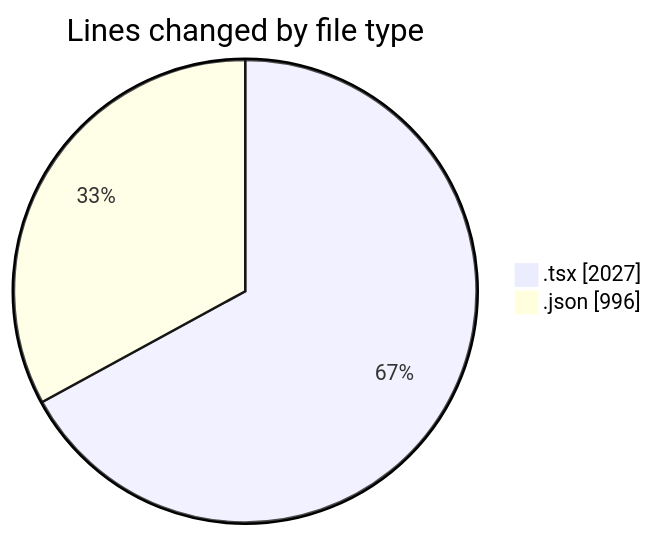
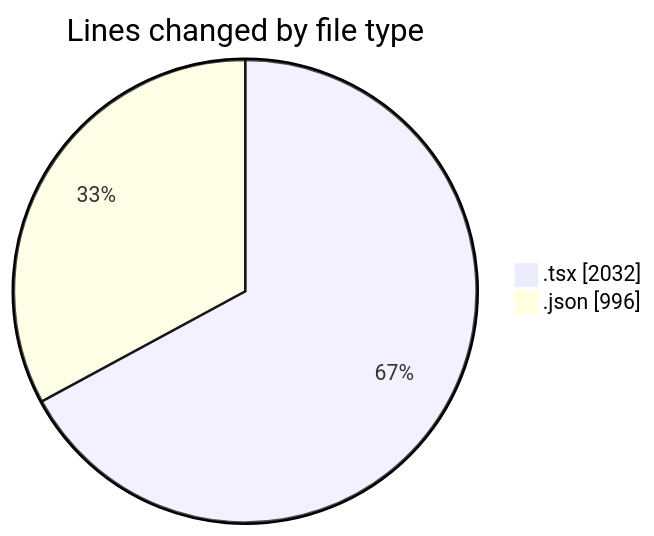
One commit to EIIisD/code-tracking changed the first of 2 diagrams in 2025-08-13/ribbon/README.md. Above: the diagram before and after it, drawn with Mermaid. The commit also changed other lines of this file and 1 other file, not shown here.

````diff
--- a/2025-08-13/ribbon/README.md
+++ b/2025-08-13/ribbon/README.md
@@ -31,6 +31,6 @@
 ```mermaid
 pie showData
 title Lines changed by file type
-".tsx" : 2027
+".tsx" : 2032
 ".json" : 996
 ```
````
